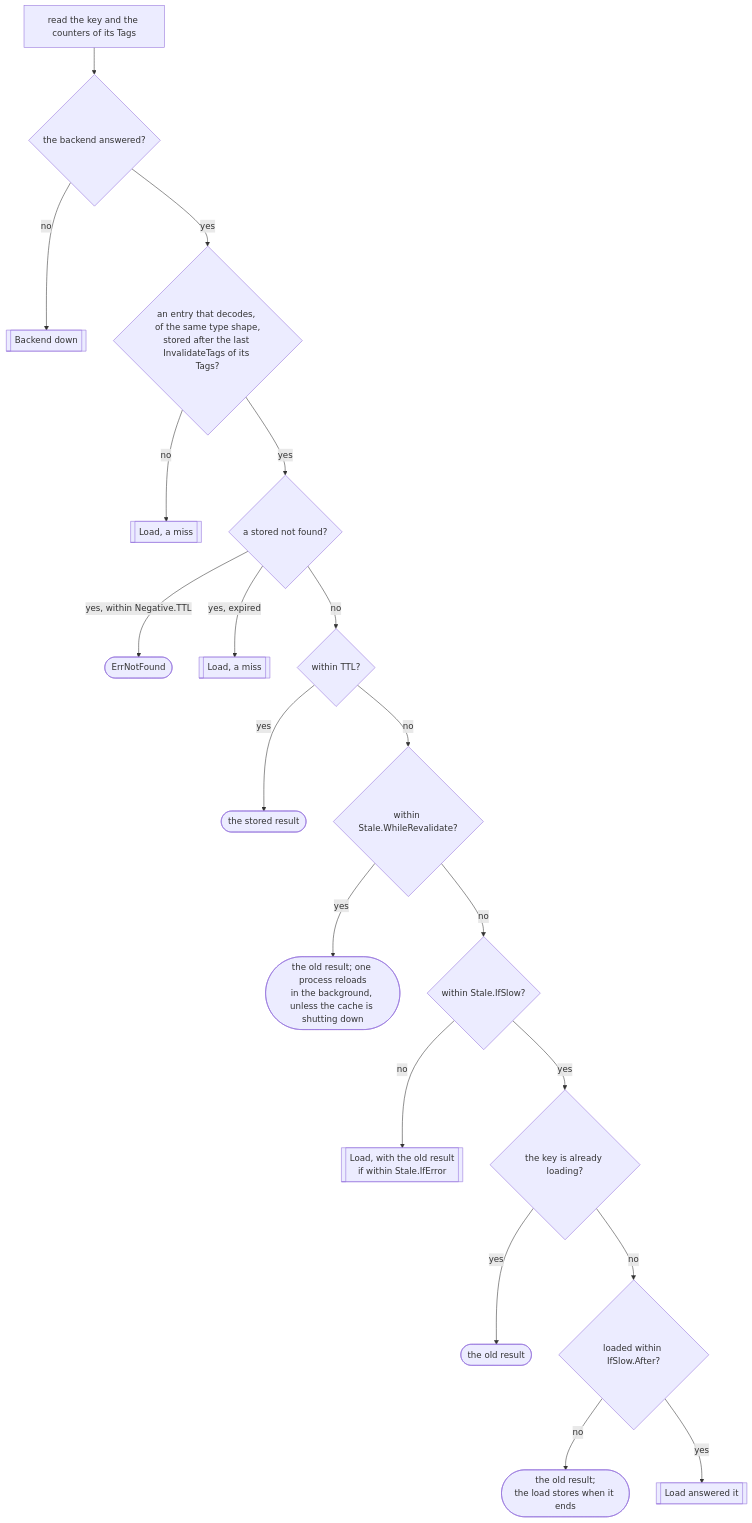
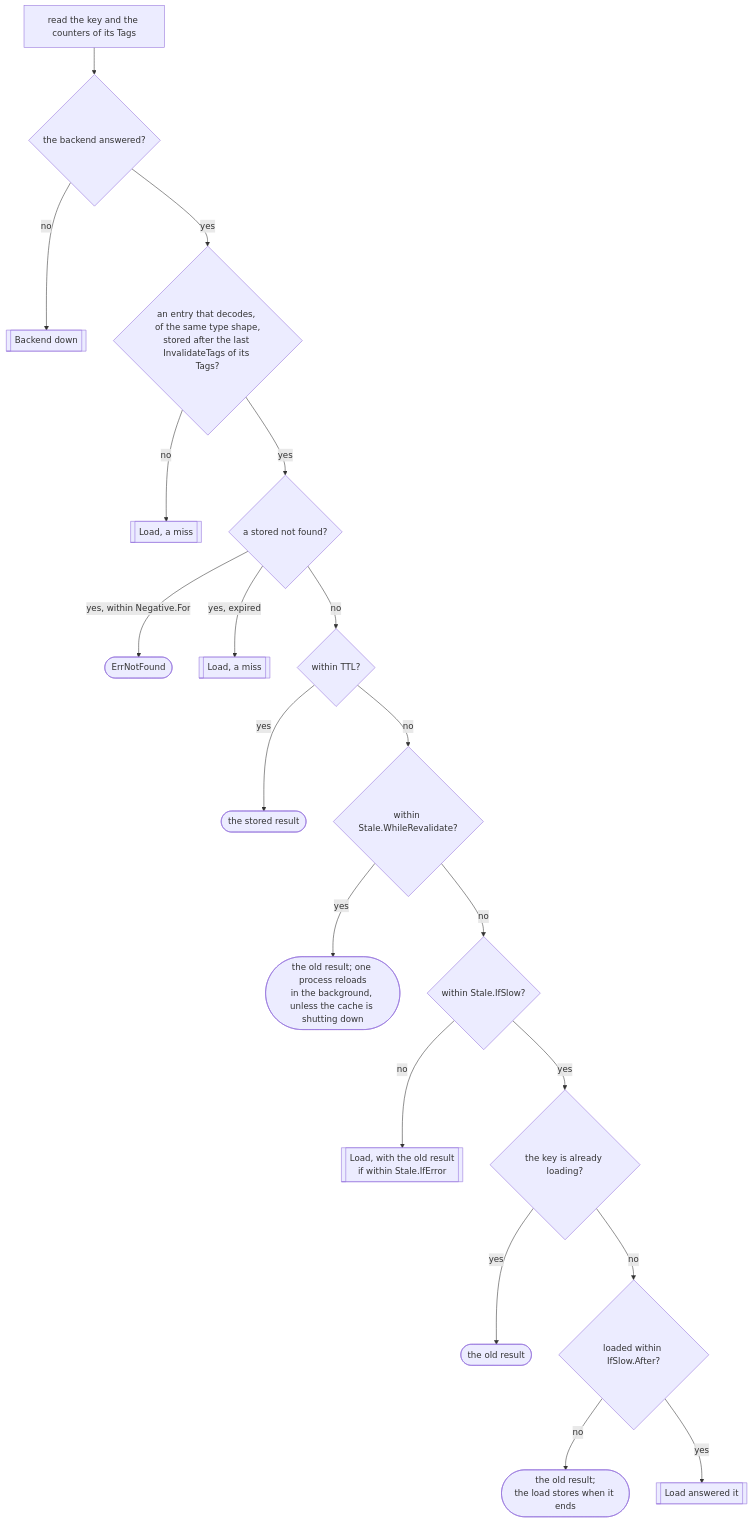
One commit to eugeneliukindev/gashe changed the third of 6 diagrams in docs/en/internals/flow.md. Above: the diagram before and after it, drawn with Mermaid. The commit also changed other lines of this file and 20 other files, not shown here.

First line of the commit message:
feat!: Negative.For in place of Negative.TTL, as TTL.For (#14)

````diff
--- a/docs/en/internals/flow.md
+++ b/docs/en/internals/flow.md
@@ -28,21 +28,21 @@
 ```mermaid
 flowchart TD
     read["read the key and the counters of its Tags"] --> backend{"the backend answered?"}
     backend -- no --> down[["Backend down"]]
     backend -- yes --> entry{"an entry that decodes, of the same type shape,<br/>stored after the last InvalidateTags of its Tags?"}
     entry -- no --> miss1[["Load, a miss"]]
     entry -- yes --> negative{"a stored not found?"}
-    negative -- "yes, within Negative.TTL" --> notFound(["ErrNotFound"])
+    negative -- "yes, within Negative.For" --> notFound(["ErrNotFound"])
     negative -- "yes, expired" --> miss2[["Load, a miss"]]
     negative -- no --> fresh{"within TTL?"}
     fresh -- yes --> hit(["the stored result"])
     fresh -- no --> revalidate{"within Stale.WhileRevalidate?"}
     revalidate -- yes --> background(["the old result; one process reloads<br/>in the background, unless the cache is shutting down"])
     revalidate -- no --> ifSlow{"within Stale.IfSlow?"}
     ifSlow -- no --> stale[["Load, with the old result<br/>if within Stale.IfError"]]
     ifSlow -- yes --> busy{"the key is already loading?"}
     busy -- yes --> oldNow(["the old result"])
     busy -- no --> after{"loaded within IfSlow.After?"}
     after -- no --> oldSlow(["the old result;<br/>the load stores when it ends"])
     after -- yes --> loaded[["Load answered it"]]
 ```
````
